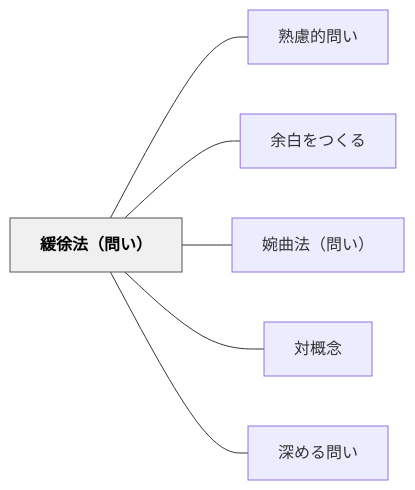
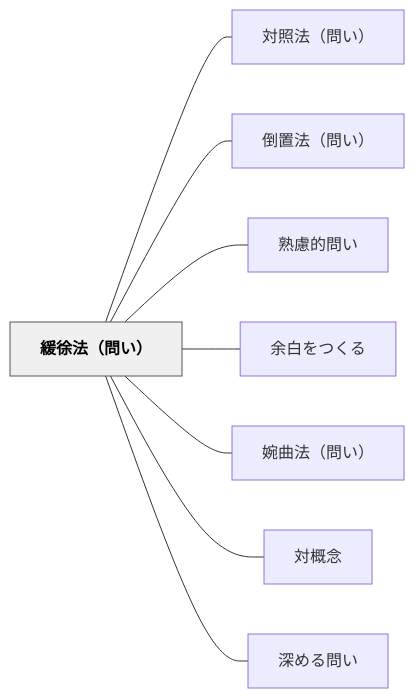
The diagram in content/パタン/緩徐法（問い）.md (unknownthings-ed-patterns/unknownthings-ed-patterns), drawn with Mermaid before and after one commit. The commit also changed other lines of this file and 44 other files, not shown here.

````diff
--- a/content/パタン/緩徐法（問い）.md
+++ b/content/パタン/緩徐法（問い）.md
@@ -42,18 +44,22 @@
 ```mermaid
 flowchart LR
     ne7b7a9e5be90e6b395efbc88e5958fe38184efbc89["緩徐法（問い）"]
+    ne5afbee785a7e6b395efbc88e5958fe38184efbc89["対照法（問い）"]
+    ne58092e7bdaee6b395efbc88e5958fe38184efbc89["倒置法（問い）"]
     ne7869fe685aee79a84e5958fe38184["熟慮的問い"]
     ne4bd99e799bde38292e381a4e3818fe3828b["余白をつくる"]
     ne5a989e69bb2e6b395efbc88e5958fe38184efbc89["婉曲法（問い）"]
     ne5afbee6a682e5bfb5["対概念"]
     ne6b7b1e38281e3828be5958fe38184["深める問い"]
 
+    ne7b7a9e5be90e6b395efbc88e5958fe38184efbc89 --- ne5afbee785a7e6b395efbc88e5958fe38184efbc89
+    ne7b7a9e5be90e6b395efbc88e5958fe38184efbc89 --- ne58092e7bdaee6b395efbc88e5958fe38184efbc89
     ne7b7a9e5be90e6b395efbc88e5958fe38184efbc89 --- ne7869fe685aee79a84e5958fe38184
     ne7b7a9e5be90e6b395efbc88e5958fe38184efbc89 --- ne4bd99e799bde38292e381a4e3818fe3828b
     ne7b7a9e5be90e6b395efbc88e5958fe38184efbc89 --- ne5a989e69bb2e6b395efbc88e5958fe38184efbc89
     ne7b7a9e5be90e6b395efbc88e5958fe38184efbc89 --- ne5afbee6a682e5bfb5
     ne7b7a9e5be90e6b395efbc88e5958fe38184efbc89 --- ne6b7b1e38281e3828be5958fe38184
 
     classDef hub fill:#f0f0f0,stroke:#555,color:#000,font-weight:bold
     class ne7b7a9e5be90e6b395efbc88e5958fe38184efbc89 hub
 ```
````
